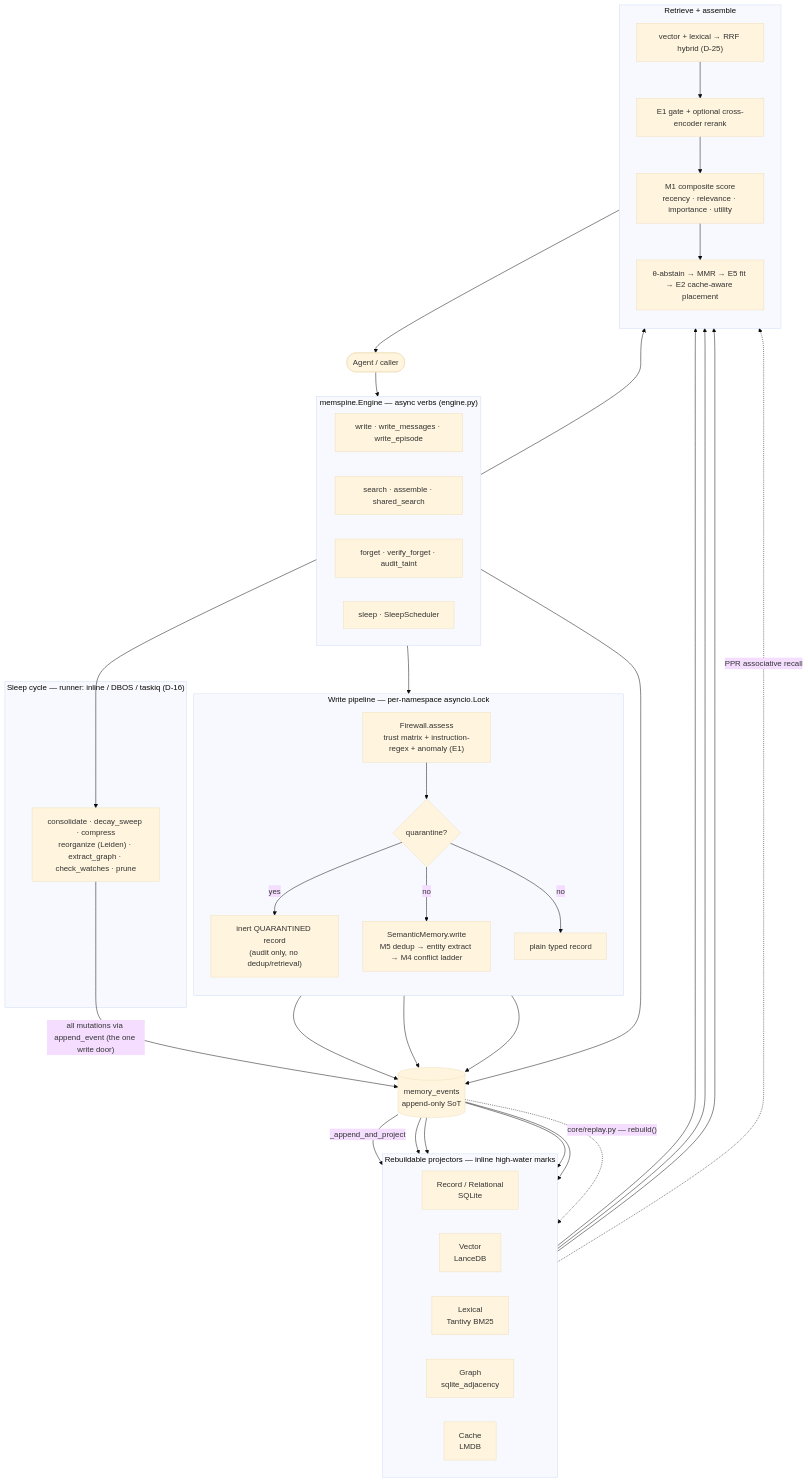
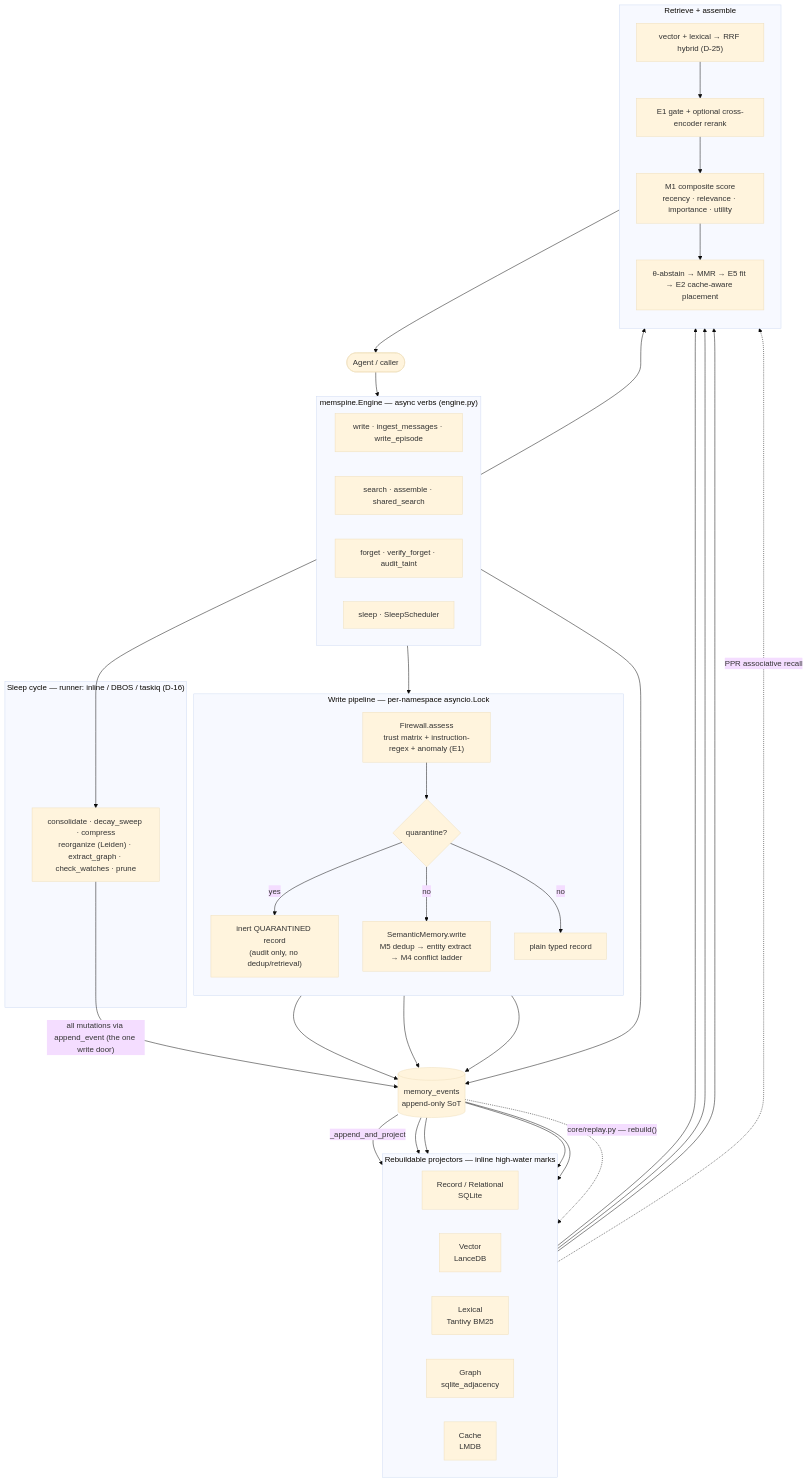
One commit to techiewonk/memspine changed the first of 5 diagrams in docs/MEMSPINE_FLOWS.md. Above: the diagram before and after it, drawn with Mermaid (base theme). The commit also changed 159 other files, not shown here.

````diff
--- a/docs/MEMSPINE_FLOWS.md
+++ b/docs/MEMSPINE_FLOWS.md
@@ -12,66 +12,66 @@
 ```mermaid
 flowchart TB
   Agent([Agent / caller]) --> Facade
 
   subgraph Facade["memspine.Engine — async verbs (engine.py)"]
     direction LR
-    W["write · write_messages · write_episode"]
+    W["write · ingest_messages · write_episode"]
     S["search · assemble · shared_search"]
     F["forget · verify_forget · audit_taint"]
     SL["sleep · SleepScheduler"]
   end
 
   subgraph WritePipe["Write pipeline — per-namespace asyncio.Lock"]
     direction TB
     FW["Firewall.assess<br/>trust matrix + instruction-regex + anomaly (E1)"]
     Q{"quarantine?"}
     QI["inert QUARANTINED record<br/>(audit only, no dedup/retrieval)"]
     SEM["SemanticMemory.write<br/>M5 dedup → entity extract → M4 conflict ladder"]
     PLAIN["plain typed record"]
   end
 
   CORE[("memory_events<br/>append-only SoT")]
 
   subgraph Proj["Rebuildable projectors — inline high-water marks"]
     direction LR
     RP["Record / Relational<br/>SQLite"]
     VP["Vector<br/>LanceDB"]
     LP["Lexical<br/>Tantivy BM25"]
     GP["Graph<br/>sqlite_adjacency"]
     CP["Cache<br/>LMDB"]
   end
 
   subgraph ReadPipe["Retrieve + assemble"]
     direction TB
     HY["vector + lexical → RRF hybrid (D-25)"]
     GT["E1 gate + optional cross-encoder rerank"]
     M1["M1 composite score<br/>recency · relevance · importance · utility"]
     ASM["θ-abstain → MMR → E5 fit → E2 cache-aware placement"]
   end
 
   subgraph Sleep["Sleep cycle — runner: inline / DBOS / taskiq (D-16)"]
     PL["consolidate · decay_sweep · compress<br/>reorganize (Leiden) · extract_graph · check_watches · prune"]
   end
 
   W --> FW --> Q
   Q -- yes --> QI --> CORE
   Q -- no --> SEM --> CORE
   Q -- no --> PLAIN --> CORE
   CORE -->|"_append_and_project"| RP
   CORE --> VP
   CORE --> LP
   CORE --> GP
   CORE --> CP
 
   S --> HY
   VP --> HY
   LP --> HY
   RP --> GT
   GP -. "PPR associative recall" .-> GT
   HY --> GT --> M1 --> ASM --> Agent
 
   SL --> PL
   PL -->|"all mutations via append_event (the one write door)"| CORE
   F --> CORE
   CORE -. "core/replay.py — rebuild()" .-> Proj
 ```
````
